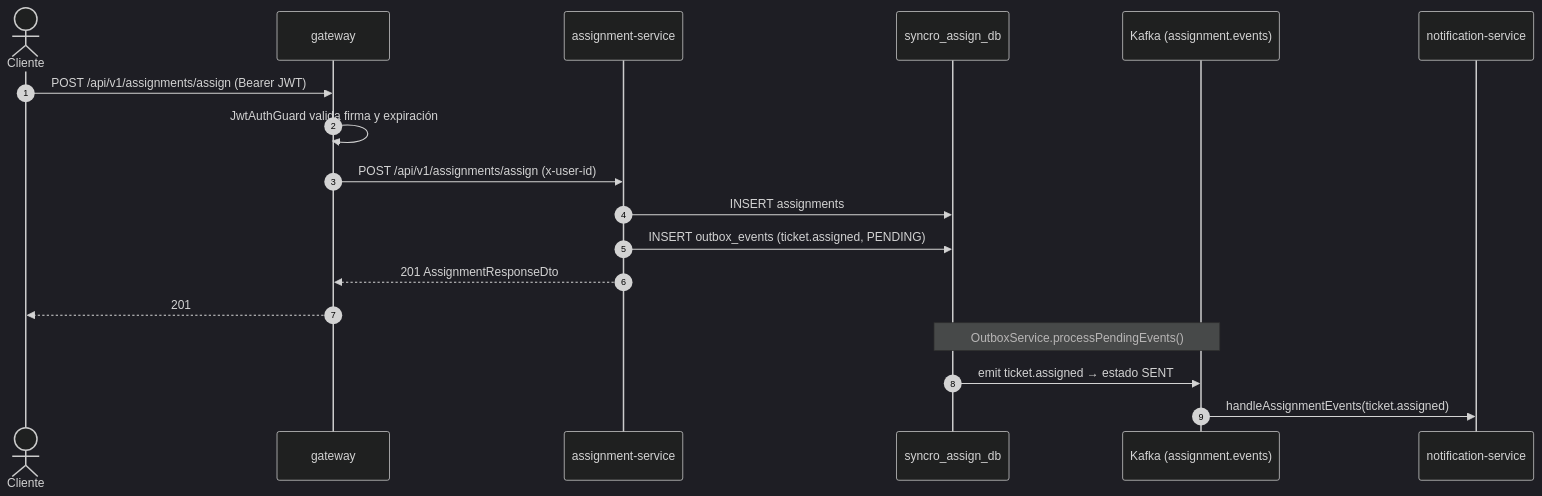
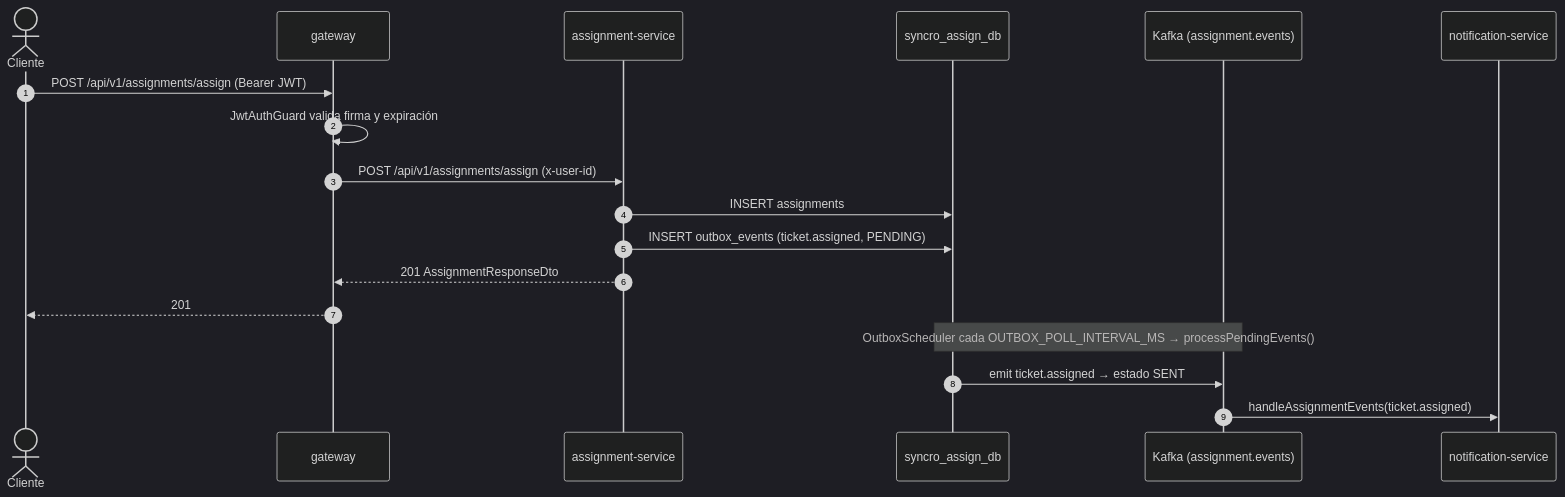
Before and after one commit to AZapata27/SyncroBoard-Tasks-System: the second of 2 diagrams in README.md, drawn with Mermaid (dark theme). The commit also changed other lines of this file and 5 other files, not shown here.

````diff
--- a/README.md
+++ b/README.md
@@ -85,21 +82,21 @@
 ```mermaid
 sequenceDiagram
     autonumber
     actor U as Cliente
     participant G as gateway
     participant A as assignment-service
     participant DB as syncro_assign_db
     participant K as Kafka (assignment.events)
     participant N as notification-service
 
     U->>G: POST /api/v1/assignments/assign (Bearer JWT)
     G->>G: JwtAuthGuard valida firma y expiración
     G->>A: POST /api/v1/assignments/assign (x-user-id)
     A->>DB: INSERT assignments
     A->>DB: INSERT outbox_events (ticket.assigned, PENDING)
     A-->>G: 201 AssignmentResponseDto
     G-->>U: 201
-    Note over DB,K: OutboxService.processPendingEvents()
+    Note over DB,K: OutboxScheduler cada OUTBOX_POLL_INTERVAL_MS → processPendingEvents()
     DB->>K: emit ticket.assigned → estado SENT
     K->>N: handleAssignmentEvents(ticket.assigned)
 ```
````
